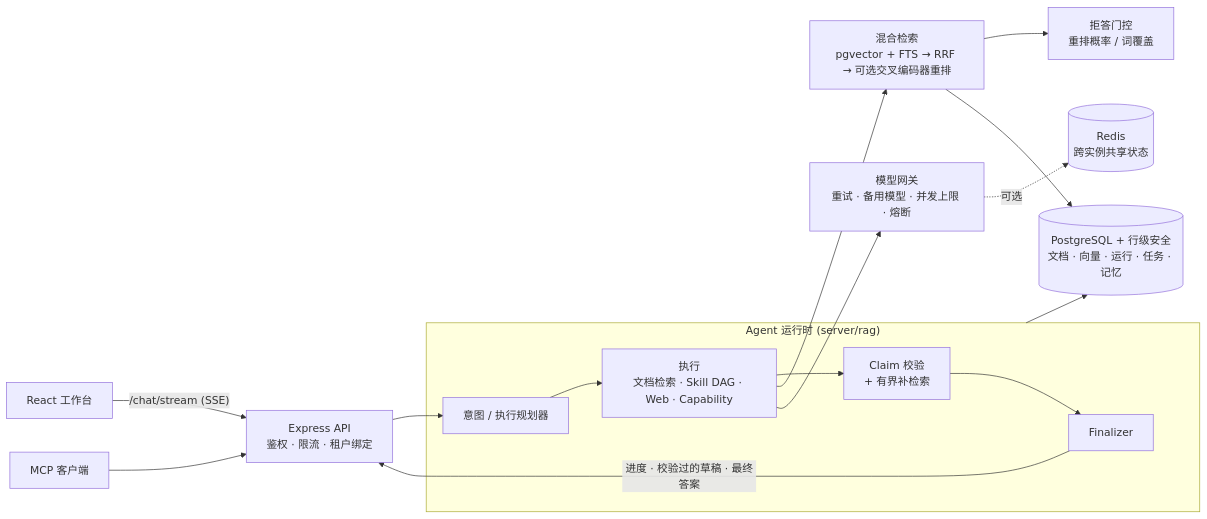
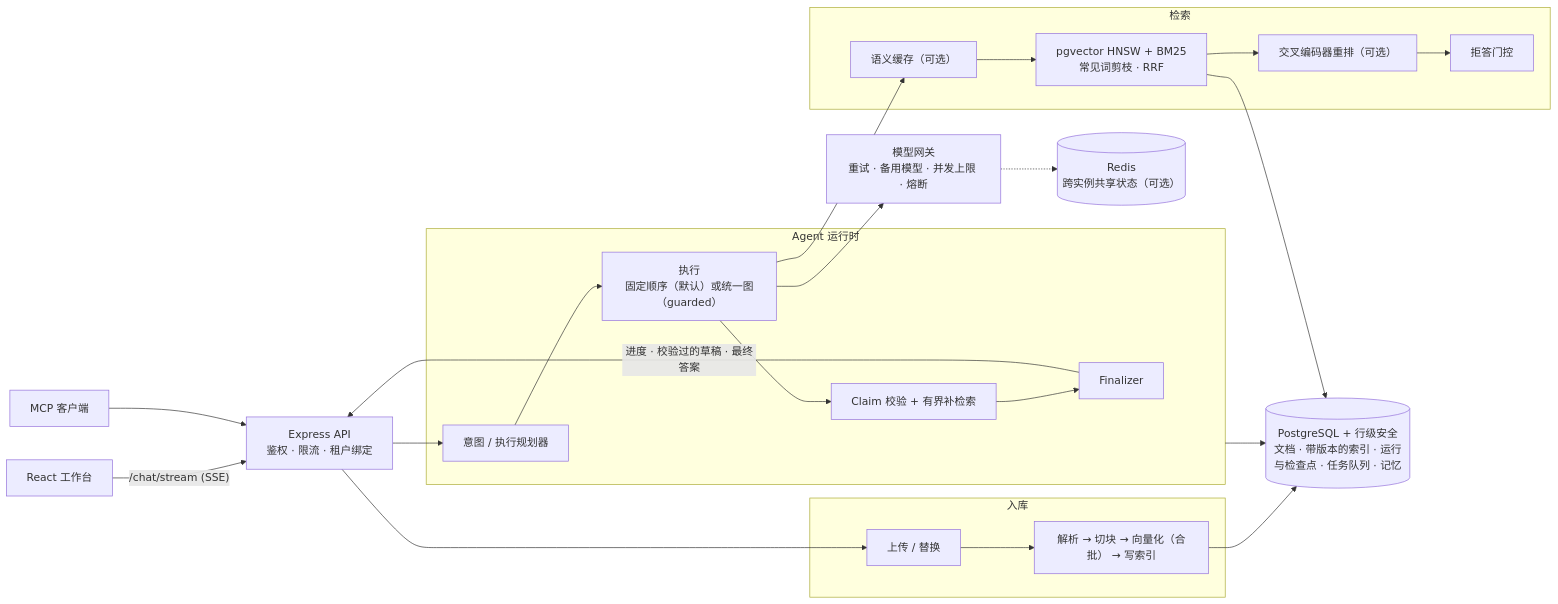
One commit to luc1ferxx/Luc1ferxx_Archive_RAG changed the diagram in README.md. Above: the diagram before and after it, drawn with Mermaid. The commit also changed other lines of this file and 1 other file, not shown here.

First line of the commit message:
docs: restructure the README around the current architecture

````diff
--- a/README.md
+++ b/README.md
@@ -54,20 +30,31 @@
 ```mermaid
 flowchart LR
-  UI["React 工作台"] -->|"/chat/stream (SSE)"| API["Express API<br/>鉴权 · 限流 · 租户绑定"]
+  UI["React 工作台"] -->|"/chat/stream (SSE)"| API
   MCP["MCP 客户端"] --> API
-  API --> Plan
+  API["Express API<br/>鉴权 · 限流 · 租户绑定"]
 
-  subgraph Agent["Agent 运行时 (server/rag)"]
-    Plan["意图 / 执行规划器"] --> Exec["执行<br/>文档检索 · Skill DAG · Web · Capability"]
-    Exec --> Check["Claim 校验<br/>+ 有界补检索"]
+  subgraph Agent["Agent 运行时"]
+    Plan["意图 / 执行规划器"] --> Exec["执行<br/>固定顺序（默认）或统一图（guarded）"]
+    Exec --> Check["Claim 校验 + 有界补检索"]
     Check --> Final["Finalizer"]
   end
 
-  Exec --> Retrieval["混合检索<br/>pgvector + FTS → RRF → 可选交叉编码器重排"]
-  Retrieval --> Gate["拒答门控<br/>重排概率 / 词覆盖"]
+  subgraph Retrieval["检索"]
+    Cache["语义缓存（可选）"] --> Hybrid["pgvector HNSW + BM25<br/>常见词剪枝 · RRF"]
+    Hybrid --> Rerank["交叉编码器重排（可选）"] --> Gate["拒答门控"]
+  end
+
+  subgraph Ingest["入库"]
+    Upload["上传 / 替换"] --> Pipe["解析 → 切块 → 向量化（合批） → 写索引"]
+  end
+
+  API --> Plan
+  Exec --> Cache
   Exec --> Gateway["模型网关<br/>重试 · 备用模型 · 并发上限 · 熔断"]
-  Gateway -.->|可选| Redis[("Redis<br/>跨实例共享状态")]
+  API --> Upload
   Final -->|"进度 · 校验过的草稿 · 最终答案"| API
-  Agent --> PG[("PostgreSQL + 行级安全<br/>文档 · 向量 · 运行 · 任务 · 记忆")]
-  Retrieval --> PG
+  Gateway -.-> Redis[("Redis<br/>跨实例共享状态（可选）")]
+  Hybrid --> PG
+  Pipe --> PG
+  Agent --> PG[("PostgreSQL + 行级安全<br/>文档 · 带版本的索引 · 运行与检查点 · 任务队列 · 记忆")]
 ```
````
